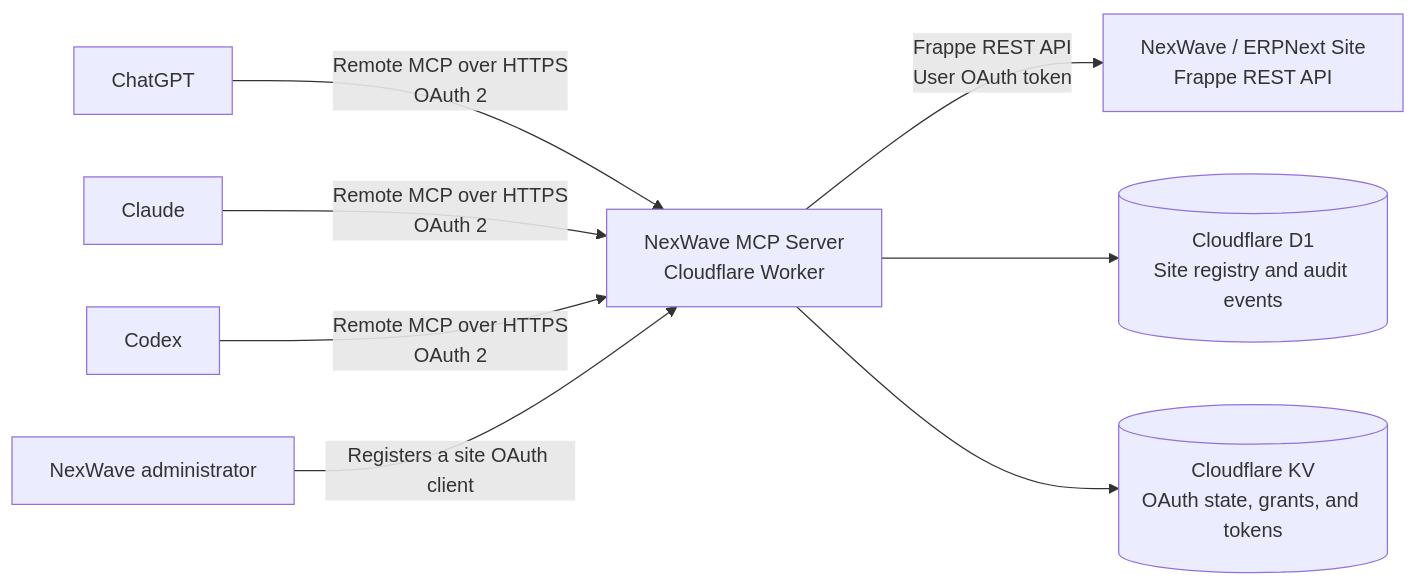
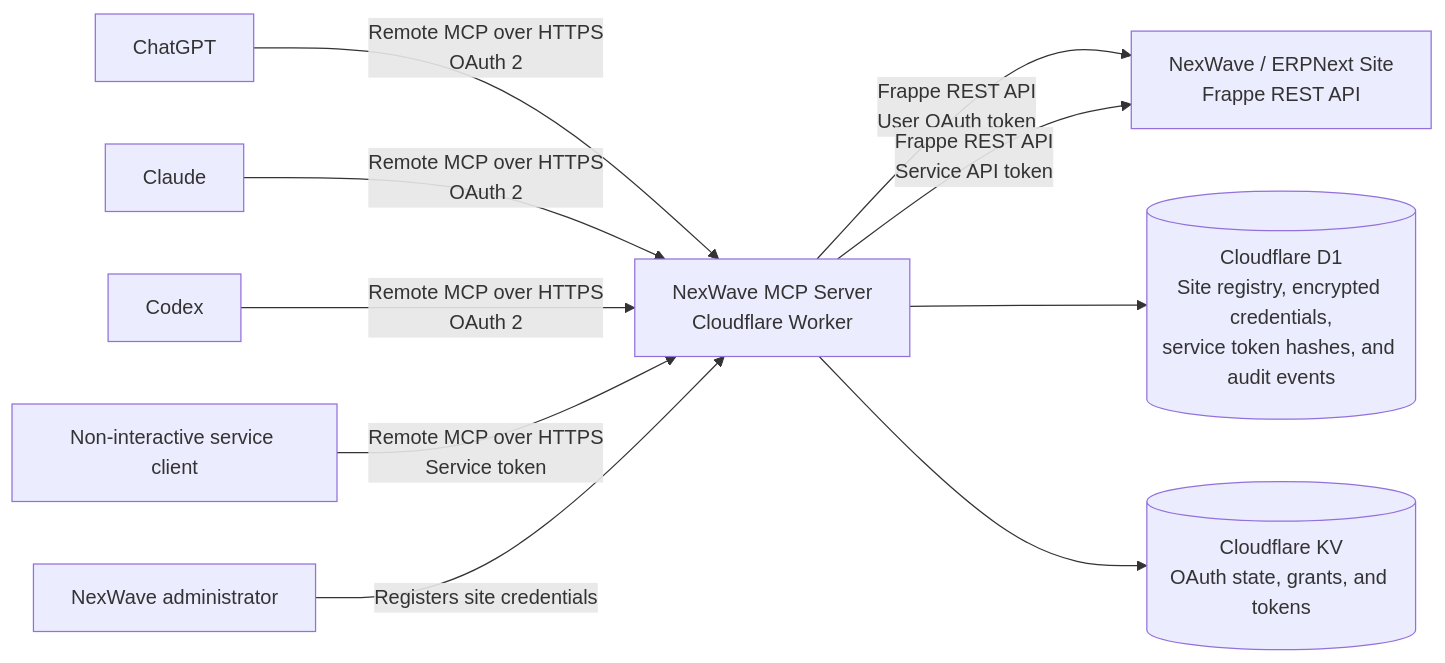
The diagram in README.md (one-highflyer/nexwave-mcp), drawn with Mermaid before and after one commit. The commit also changed other lines of this file and 15 other files, not shown here.

Commit message:
feat(auth): add fixed-token site connections

````diff
--- a/README.md
+++ b/README.md
@@ -19,19 +20,22 @@
 ```mermaid
 flowchart LR
     ChatGPT["ChatGPT"]
     Claude["Claude"]
     Codex["Codex"]
+    Service["Non-interactive service client"]
     MCP["NexWave MCP Server<br/>Cloudflare Worker"]
     Site["NexWave / ERPNext Site<br/>Frappe REST API"]
-    D1[("Cloudflare D1<br/>Site registry and audit events")]
+    D1[("Cloudflare D1<br/>Site registry, encrypted credentials,<br/>service token hashes, and audit events")]
     KV[("Cloudflare KV<br/>OAuth state, grants, and tokens")]
     Admin["NexWave administrator"]
 
     ChatGPT -->|"Remote MCP over HTTPS<br/>OAuth 2"| MCP
     Claude -->|"Remote MCP over HTTPS<br/>OAuth 2"| MCP
     Codex -->|"Remote MCP over HTTPS<br/>OAuth 2"| MCP
+    Service -->|"Remote MCP over HTTPS<br/>Service token"| MCP
     MCP -->|"Frappe REST API<br/>User OAuth token"| Site
+    MCP -->|"Frappe REST API<br/>Service API token"| Site
     MCP --> D1
     MCP --> KV
-    Admin -->|"Registers a site OAuth client"| MCP
+    Admin -->|"Registers site credentials"| MCP
 ```
````
